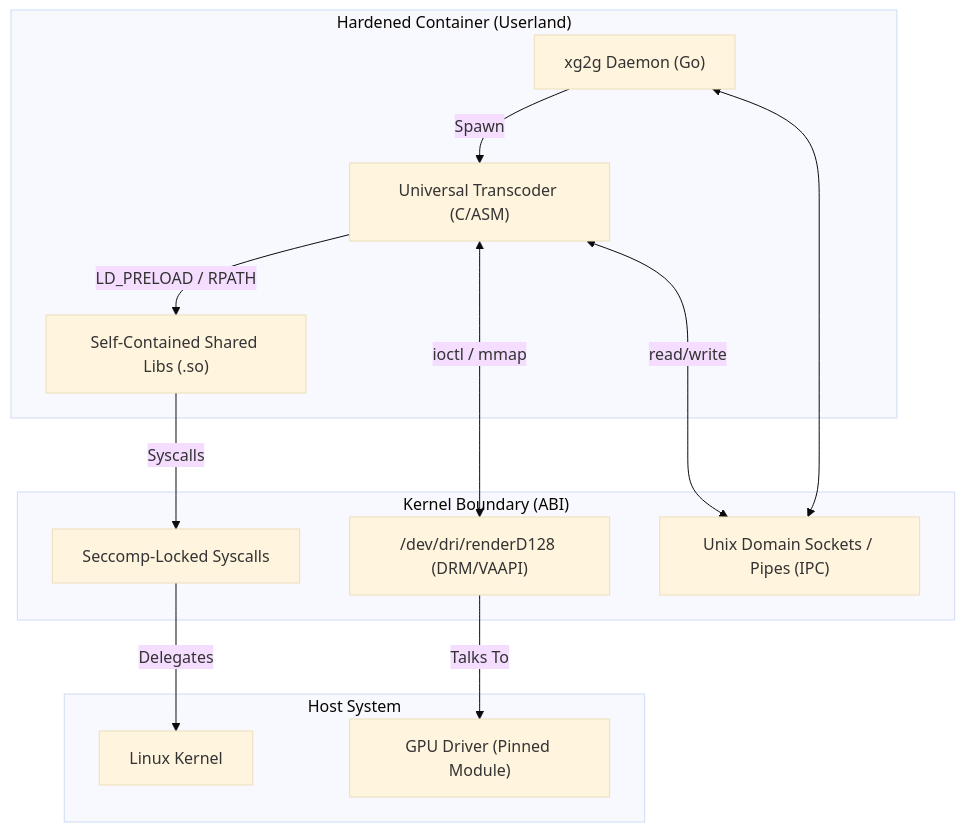
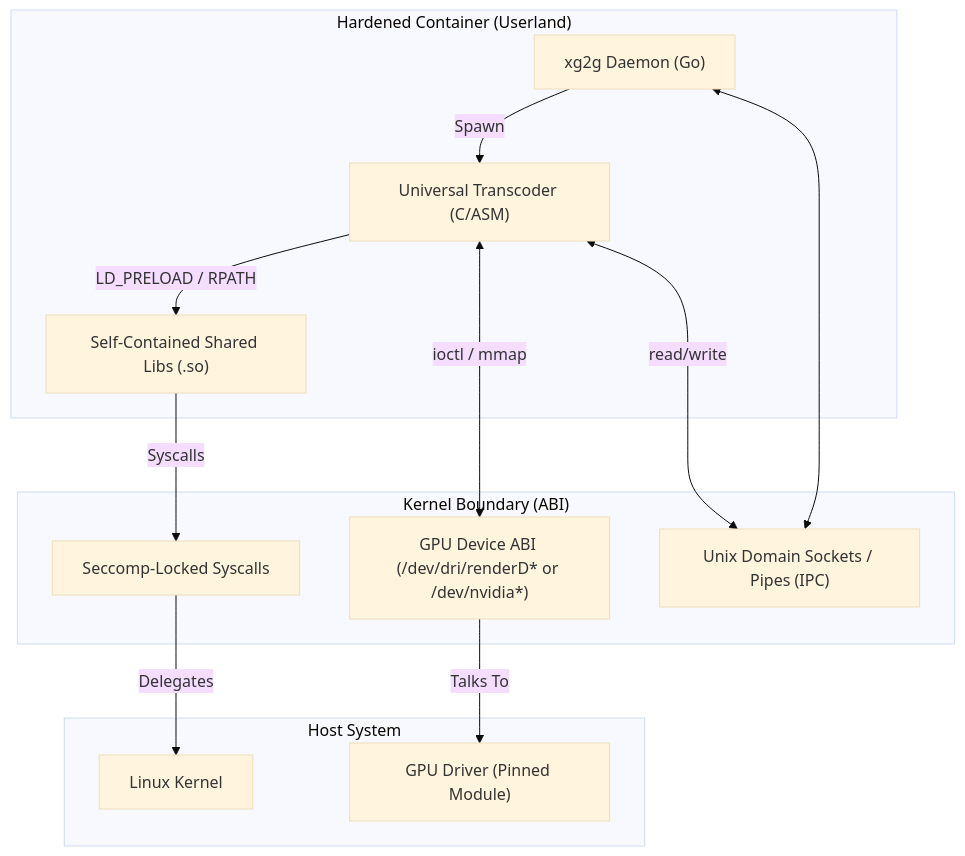
Before and after one commit to ManuGH/xg2g: the diagram in docs/ops/DESIGN_HERMETIC_BOUNDARY.md, drawn with Mermaid (base theme). The commit also changed other lines of this file and 137 other files, not shown here.

````diff
--- a/docs/ops/DESIGN_HERMETIC_BOUNDARY.md
+++ b/docs/ops/DESIGN_HERMETIC_BOUNDARY.md
@@ -11,28 +11,28 @@
 ```mermaid
 graph TD
     subgraph "Hardened Container (Userland)"
         DAEMON["xg2g Daemon (Go)"]
         TRANS["Universal Transcoder (C/ASM)"]
         LIBS["Self-Contained Shared Libs (.so)"]
     end
 
     subgraph "Kernel Boundary (ABI)"
-        DRM["/dev/dri/renderD128 (DRM/VAAPI)"]
+        GPUDEV["GPU Device ABI (/dev/dri/renderD* or /dev/nvidia*)"]
         FDS["Unix Domain Sockets / Pipes (IPC)"]
         SYSCALL["Seccomp-Locked Syscalls"]
     end
 
     subgraph "Host System"
         KERNEL["Linux Kernel"]
         DRIVER["GPU Driver (Pinned Module)"]
     end
 
     DAEMON -->|Spawn| TRANS
     TRANS -->|LD_PRELOAD / RPATH| LIBS
-    TRANS <-->|ioctl / mmap| DRM
+    TRANS <-->|ioctl / mmap| GPUDEV
     TRANS <-->|read/write| FDS
     FDS <--> DAEMON
-    DRM -->|Talks To| DRIVER
+    GPUDEV -->|Talks To| DRIVER
     LIBS -->|Syscalls| SYSCALL
     SYSCALL -->|Delegates| KERNEL
 ```
````
